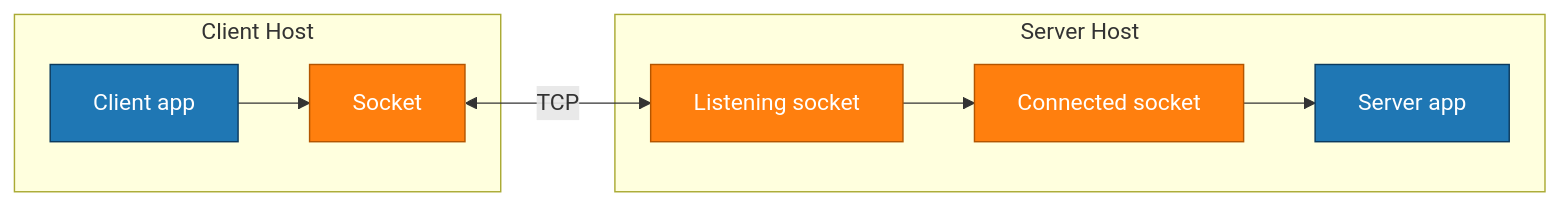
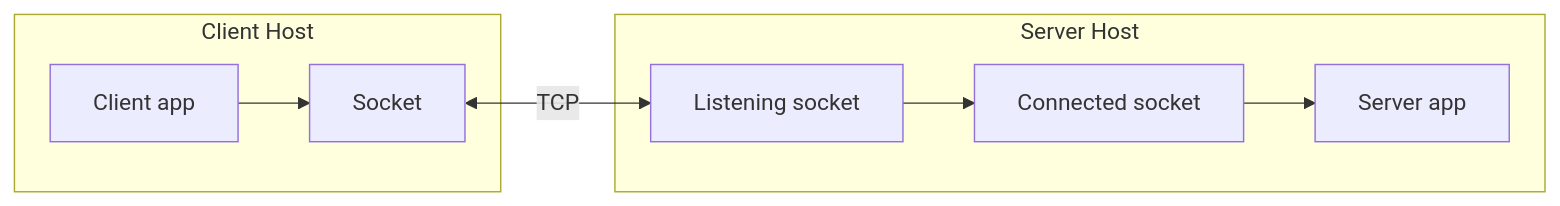
The first of 2 diagrams in _posts/2024-06-09-socket-programming-cpp.md (e-choness/portfolio-site), drawn with Mermaid before and after one commit. The commit also changed 3 other files, not shown here.

Commit message:
update neo theme to all diagrams

````diff
--- a/_posts/2024-06-09-socket-programming-cpp.md
+++ b/_posts/2024-06-09-socket-programming-cpp.md
@@ -33,24 +33,21 @@
 ```mermaid
 graph LR
     subgraph Client Host
         CApp[Client app]
         CSocket[Socket]
     end
 
     subgraph Server Host
         SSocket[Listening socket]
         SConn[Connected socket]
         SApp[Server app]
     end
 
     CApp --> CSocket
     CSocket <-->|TCP| SSocket
     SSocket --> SConn
     SConn --> SApp
 
-    classDef host fill:#1f77b4,stroke:#0b3a5e,color:#fff;
-    classDef sock fill:#ff7f0e,stroke:#b35500,color:#fff;
-
-    class CApp,SApp host;
-    class CSocket,SSocket,SConn sock;
+    class CApp,SApp soft
+    class CSocket,SSocket,SConn accent
 ```
````
